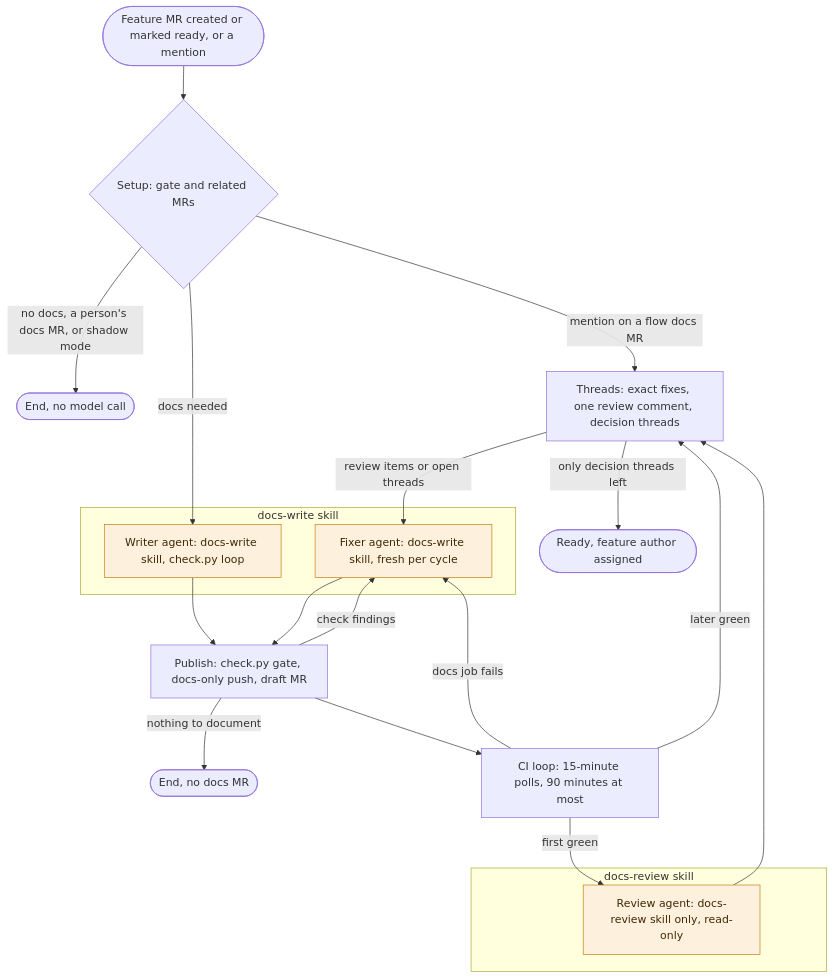
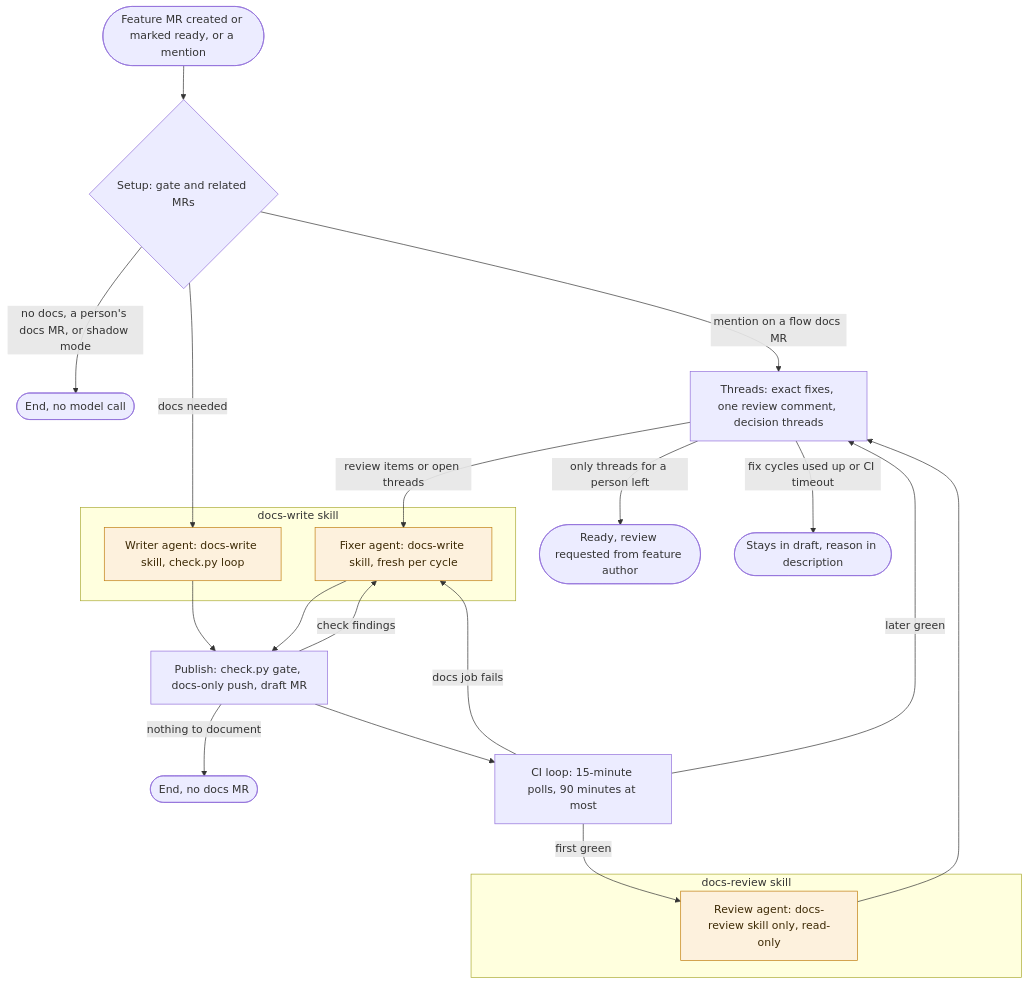
One commit to gitlabhq/orbit-knowledge-graph changed the diagram in docs/pages/engineering/development/docs-write-flow.md. Above: the diagram before and after it, drawn with Mermaid. The commit also changed other lines of this file, not shown here.

First line of the commit message:
docs(engineering): state which docs-write guardrails scripts enforce

````diff
--- a/docs/pages/engineering/development/docs-write-flow.md
+++ b/docs/pages/engineering/development/docs-write-flow.md
@@ -17,32 +17,33 @@
 ```mermaid
 flowchart TD
     accTitle: The docs-write flow, design v2
-    accDescr: A feature MR event or a mention starts the flow. A script gate and a related-MR check decide whether to write. A writer agent with the docs-write skill writes the change with a check loop. A publish script checks it again, pushes, and opens a draft docs MR. A CI loop sends docs failures to a fixer. On the first green pipeline, a review agent with only the docs-review skill reviews the change. A script posts the review as one numbered comment and one thread per decision. A fixer fixes the numbered items and open threads. When CI is green and only decision threads are open, the flow marks the MR ready and assigns the feature MR author.
+    accDescr: A feature MR event or a mention starts the flow. A script gate and a related-MR check decide whether to write. A writer agent with the docs-write skill writes the change with a check loop. A publish script checks it again, pushes, and opens a draft docs MR. A CI loop sends docs failures to a fixer. On the first green pipeline, a review agent with only the docs-review skill reviews the change. A script posts the review as one numbered comment and one thread per decision. A fixer fixes the numbered items and open threads. When CI is green and only threads for a person are open, the flow marks the MR ready and requests review from the feature MR author. If the fix cycles run out or CI times out, the MR stays in draft.
 
     A([Feature MR created or marked ready, or a mention]) --> G{Setup: gate and related MRs}
     G -->|no docs, a person's docs MR, or shadow mode| E1([End, no model call])
     G -->|mention on a flow docs MR| T
     G -->|docs needed| W[Writer agent: docs-write skill, check.py loop]
     W --> P[Publish: check.py gate, docs-only push, draft MR]
     P -->|nothing to document| E2([End, no docs MR])
     P -->|check findings| F[Fixer agent: docs-write skill, fresh per cycle]
     F --> P
     P --> C[CI loop: 15-minute polls, 90 minutes at most]
     C -->|docs job fails| F
     C -->|first green| R[Review agent: docs-review skill only, read-only]
     R --> T[Threads: exact fixes, one review comment, decision threads]
     C -->|later green| T
     T -->|review items or open threads| F
-    T -->|only decision threads left| H([Ready, feature author assigned])
+    T -->|only threads for a person left| H([Ready, review requested from feature author])
+    T -->|fix cycles used up or CI timeout| D([Stays in draft, reason in description])
 
     subgraph dw [docs-write skill]
       W
       F
     end
     subgraph dr [docs-review skill]
       R
     end
 
     classDef agent fill:#fdf1dd,stroke:#c17d10,color:#3d2a05
     class W,F,R agent
 ```
````
